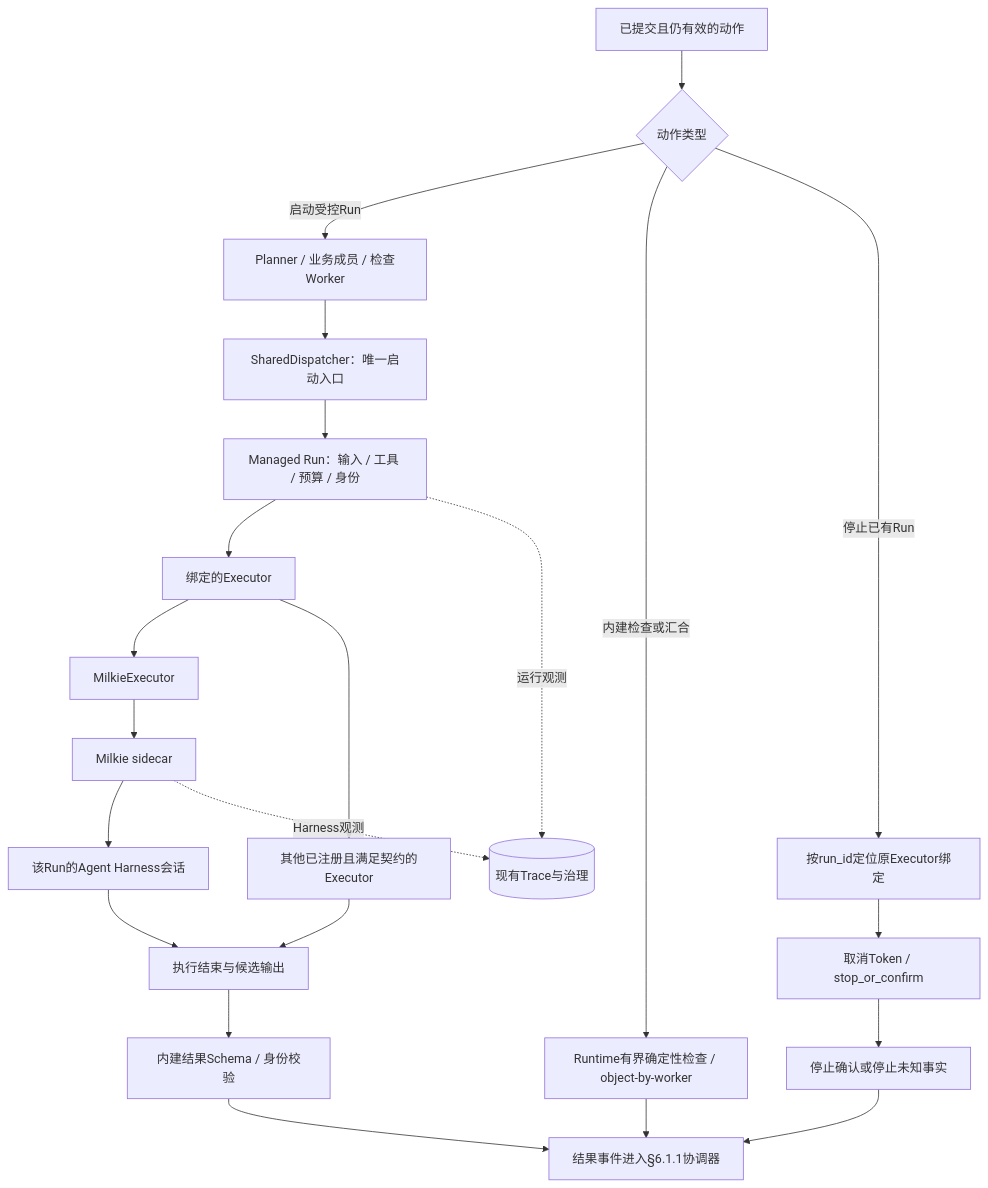
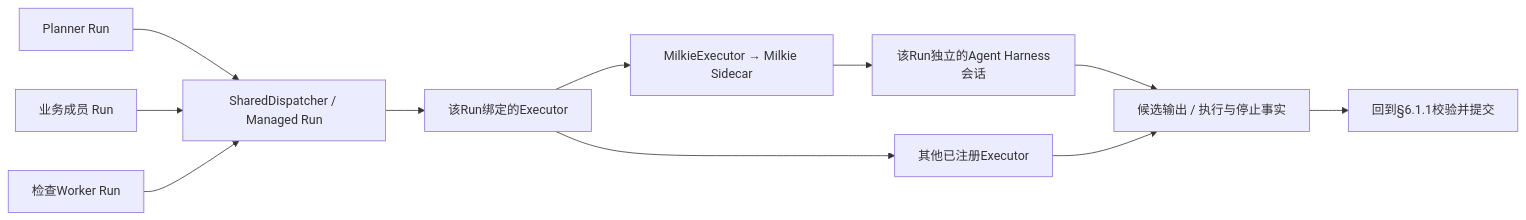
One commit to xforce-io/taskloop changed the third of 3 diagrams in docs/design/10-goal-dag-orchestration.md. Above: the diagram before and after it, drawn with Mermaid. The commit also changed other lines of this file and 6 other files, not shown here.

````diff
--- a/docs/design/10-goal-dag-orchestration.md
+++ b/docs/design/10-goal-dag-orchestration.md
@@ -157,24 +165,13 @@
 ```mermaid
-flowchart TD
- A[已提交且仍有效的动作] --> K{动作类型}
- K -->|启动受控Run| R[Planner / 业务成员 / 检查Worker]
- R --> D[SharedDispatcher：唯一启动入口]
- D --> M[Managed Run：输入 / 工具 / 预算 / 身份]
- M --> E[绑定的Executor]
- E --> ME[MilkieExecutor]
- ME --> MI[Milkie sidecar]
- MI --> H[该Run的Agent Harness会话]
- E --> OE[其他已注册且满足契约的Executor]
- H --> C[执行结束与候选输出]
- OE --> C
- C --> V[内建结果Schema / 身份校验]
- K -->|内建检查或汇合| B[Runtime有界确定性检查 / object-by-worker]
- K -->|停止已有Run| S[按run_id定位原Executor绑定]
- S --> ST[取消Token / stop_or_confirm]
- ST --> SF[停止确认或停止未知事实]
- V --> EV[结果事件进入§6.1.1协调器]
- B --> EV
- SF --> EV
- M -.运行观测.-> T[(现有Trace与治理)]
- MI -.Harness观测.-> T
+flowchart LR
+ P[Planner Run] --> D[SharedDispatcher / Managed Run]
+ W[业务成员 Run] --> D
+ C[检查Worker Run] --> D
+ D --> E[该Run绑定的Executor]
+ E --> M[MilkieExecutor → Milkie Sidecar]
+ M --> H[该Run独立的Agent Harness会话]
+ E --> O[其他已注册Executor]
+ H --> R[候选输出 / 执行与停止事实]
+ O --> R
+ R --> Q[回到§6.1.1校验并提交]
 ```
````
